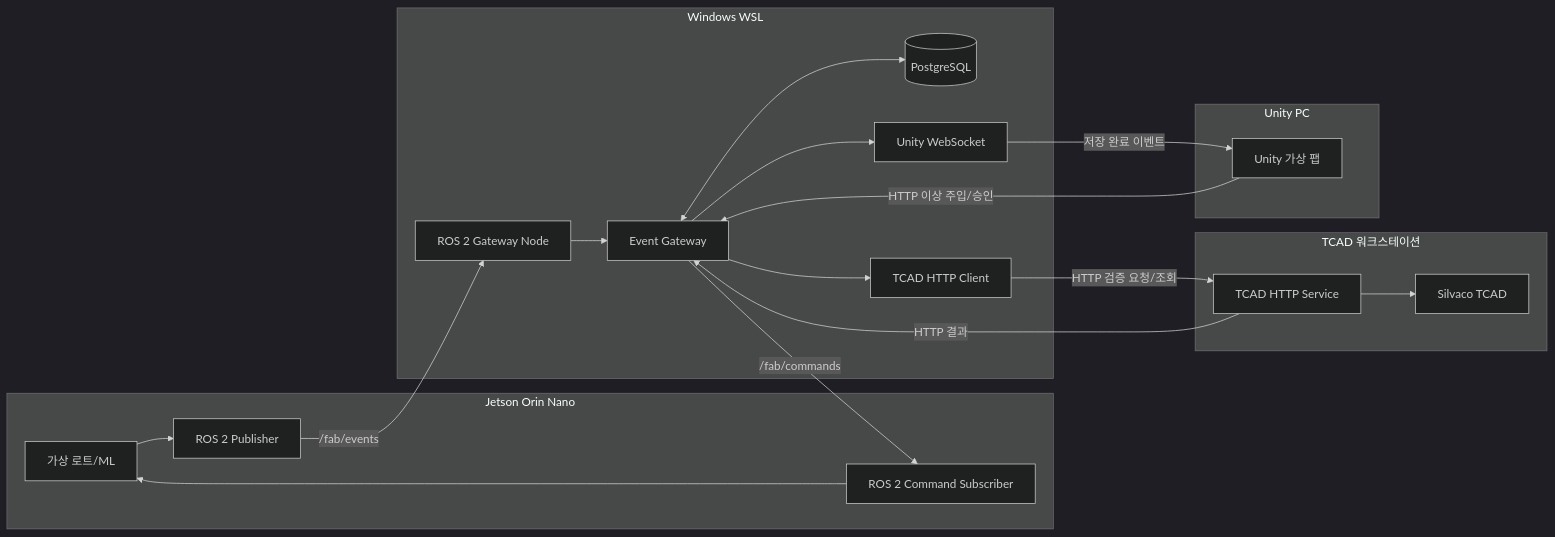
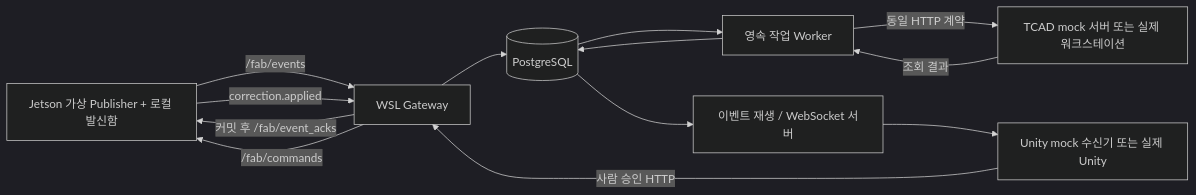
Before and after one commit to ann-star20/posco-team4: the diagram in docs/architecture/jetson-ros2-tcad-unity-integration.md, drawn with Mermaid (dark theme). The commit also changed other lines of this file and 13 other files, not shown here.

````diff
--- a/docs/architecture/jetson-ros2-tcad-unity-integration.md
+++ b/docs/architecture/jetson-ros2-tcad-unity-integration.md
@@ -33,29 +35,15 @@
 ```mermaid
 flowchart LR
-  subgraph JT["Jetson Orin Nano"]
-    SIM["가상 로트/ML"] --> PUB["ROS 2 Publisher"]
-    CMD["ROS 2 Command Subscriber"] --> SIM
-  end
-
-  subgraph GW["Windows WSL"]
-    SUB["ROS 2 Gateway Node"] --> API["Event Gateway"]
-    API <--> PG[("PostgreSQL")]
-    API --> OUT["TCAD HTTP Client"]
-    API --> WS["Unity WebSocket"]
-  end
-
-  subgraph TW["TCAD 워크스테이션"]
-    TA["TCAD HTTP Service"] --> SIL["Silvaco TCAD"]
-  end
-
-  subgraph UP["Unity PC"]
-    UN["Unity 가상 팹"]
-  end
-
-  PUB -- "/fab/events" --> SUB
-  API -- "/fab/commands" --> CMD
-  OUT -- "HTTP 검증 요청/조회" --> TA
-  TA -- "HTTP 결과" --> API
-  WS -- "저장 완료 이벤트" --> UN
-  UN -- "HTTP 이상 주입/승인" --> API
+  J["Jetson 가상 Publisher + 로컬 발신함"] -->|"/fab/events"| G["WSL Gateway"]
+  G -->|"커밋 후 /fab/event_acks"| J
+  G --> D[("PostgreSQL")]
+  D --> W["영속 작업 Worker"]
+  W -->|"동일 HTTP 계약"| T["TCAD mock 서버 또는 실제 워크스테이션"]
+  T -->|"조회 결과"| W
+  W --> D
+  D --> S["이벤트 재생 / WebSocket 서버"]
+  S --> U["Unity mock 수신기 또는 실제 Unity"]
+  U -->|"사람 승인 HTTP"| G
+  G -->|"/fab/commands"| J
+  J -->|"correction.applied"| G
 ```
````
